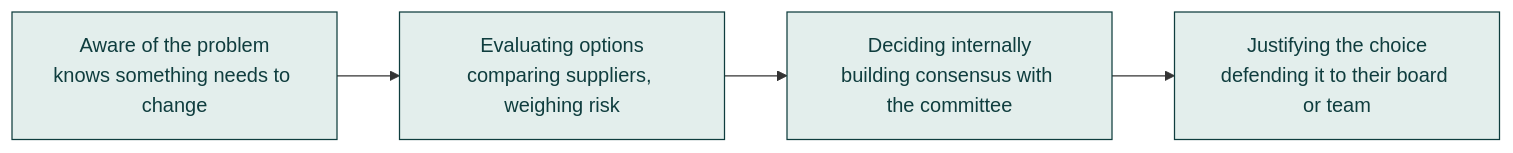
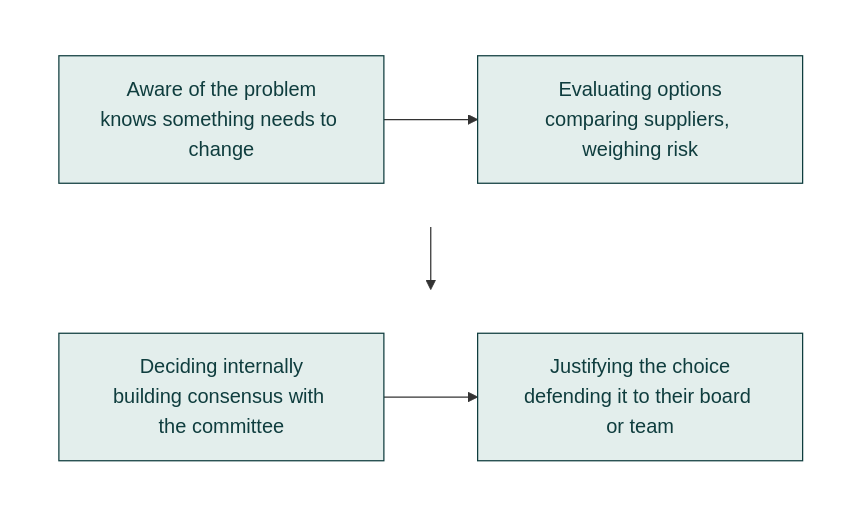
Before and after one commit to bcode73/samsec-sales-skill: the diagram in Sales-Blueprint/visuals/diagrams/figure-4.1-customer-journey.mmd, drawn with Mermaid. The commit also changed 6 other files, not shown here.

First line of the commit message:
Fix diagram proportions: 7 diagrams were rendering as flat ribbons

```diff
--- a/Sales-Blueprint/visuals/diagrams/figure-4.1-customer-journey.mmd
+++ b/Sales-Blueprint/visuals/diagrams/figure-4.1-customer-journey.mmd
@@ -1,10 +1,18 @@
 %% Figure 4.1: The Customer Journey
 %% Placement: manuscript/part-02-blueprint-framework/module-04-learn-the-customer.md
 %% Caption: Figure 4.1: four stages of a buyer's own journey toward a decision, each needing different information from them.
-flowchart LR
-    A["Aware of the problem\nknows something needs to change"] --> B["Evaluating options\ncomparing suppliers, weighing risk"]
-    B --> C["Deciding internally\nbuilding consensus with the committee"]
-    C --> D["Justifying the choice\ndefending it to their board or team"]
+flowchart TD
+    subgraph Row1 [" "]
+        direction LR
+        A["Aware of the problem\nknows something needs to change"] --> B["Evaluating options\ncomparing suppliers, weighing risk"]
+    end
+    subgraph Row2 [" "]
+        direction LR
+        C["Deciding internally\nbuilding consensus with the committee"] --> D["Justifying the choice\ndefending it to their board or team"]
+    end
+    B --> C
 
     classDef stage fill:#E3EEEC,stroke:#0F3D3E,color:#0F3D3E;
     class A,B,C,D stage;
+    style Row1 fill:transparent,stroke:transparent
+    style Row2 fill:transparent,stroke:transparent
```
